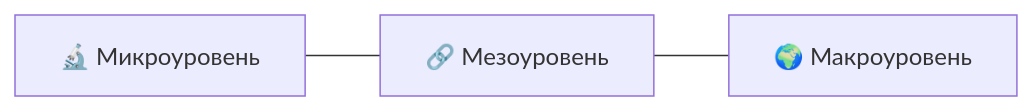
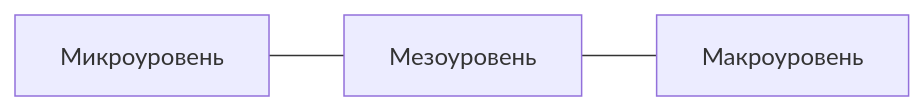
The second of 3 diagrams in docs/03-agent-based.md (stareeg/simulation-modeling-notes), drawn with Mermaid before and after one commit. The commit also changed other lines of this file and 14 other files, not shown here.

````diff
--- a/docs/03-agent-based.md
+++ b/docs/03-agent-based.md
@@ -66,4 +74,4 @@
 ```mermaid
 graph LR
-    A["🔬 Микроуровень"] --- B["🔗 Мезоуровень"] --- C["🌍 Макроуровень"]
+    A["Микроуровень"] --- B["Мезоуровень"] --- C["Макроуровень"]
 ```
````
